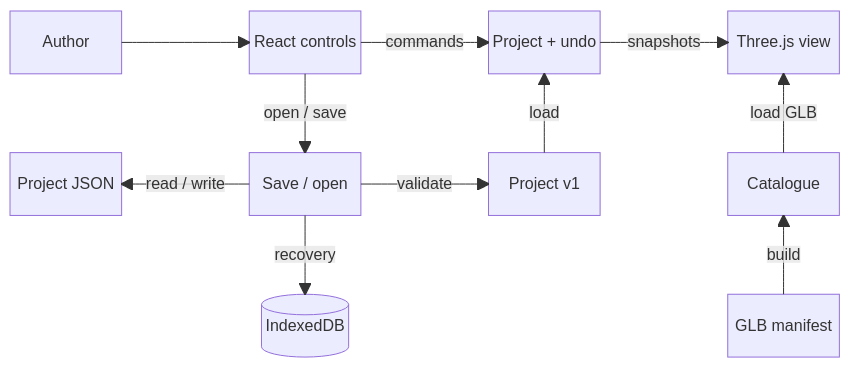
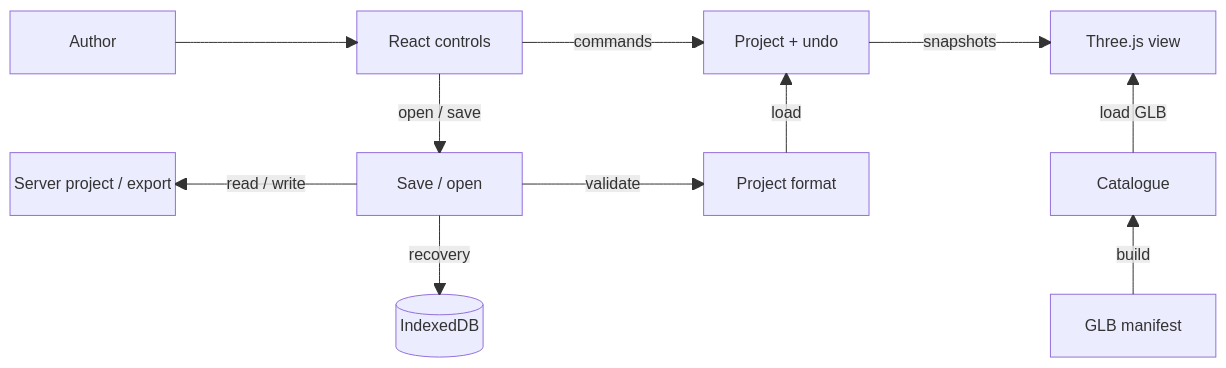
One commit to Team-Meshworks/gam300 changed the first of 2 diagrams in docs/architecture.md. Above: the diagram before and after it, drawn with Mermaid. The commit also changed other lines of this file and 86 other files, not shown here.

Commit message:
Require an editable project to open the editor

````diff
--- a/docs/architecture.md
+++ b/docs/architecture.md
@@ -11,21 +11,21 @@
 ```mermaid
 block-beta
   %% Four components per row, separated by spaces for the arrow labels
   columns 7
   author["Author"] space ui["React controls"] space store["Project + undo"] space view["Three.js view"]
   space:7
-  file["Project JSON"] space persistence["Save / open"] space format["Project v1"] space catalogue["Catalogue"]
+  file["Server project / export"] space persistence["Save / open"] space format["Project format"] space catalogue["Catalogue"]
   space:7
   space:2 idb[("IndexedDB")] space:3 registry["GLB manifest"]
 
   author --> ui
   ui -- "commands" --> store
   store -- "snapshots" --> view
   ui -- "open / save" --> persistence
   persistence -- "validate" --> format
   format -- "load" --> store
   persistence -- "read / write" --> file
   persistence -- "recovery" --> idb
   registry -- "build" --> catalogue
   catalogue -- "load GLB" --> view
 ```
````
